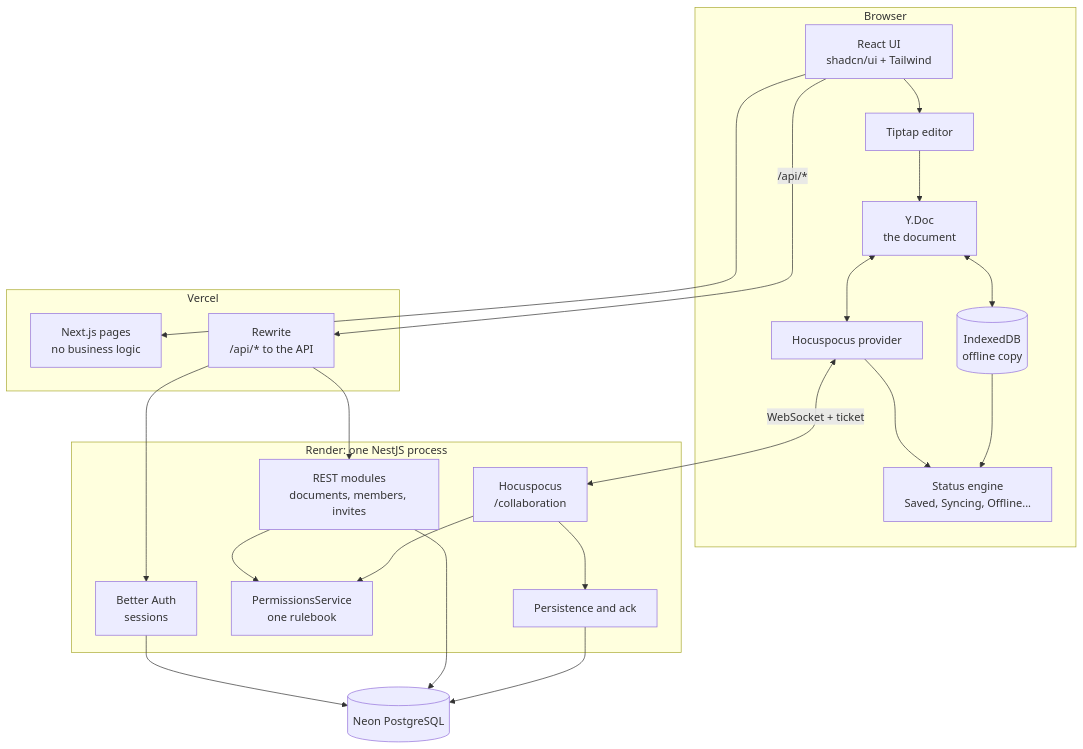
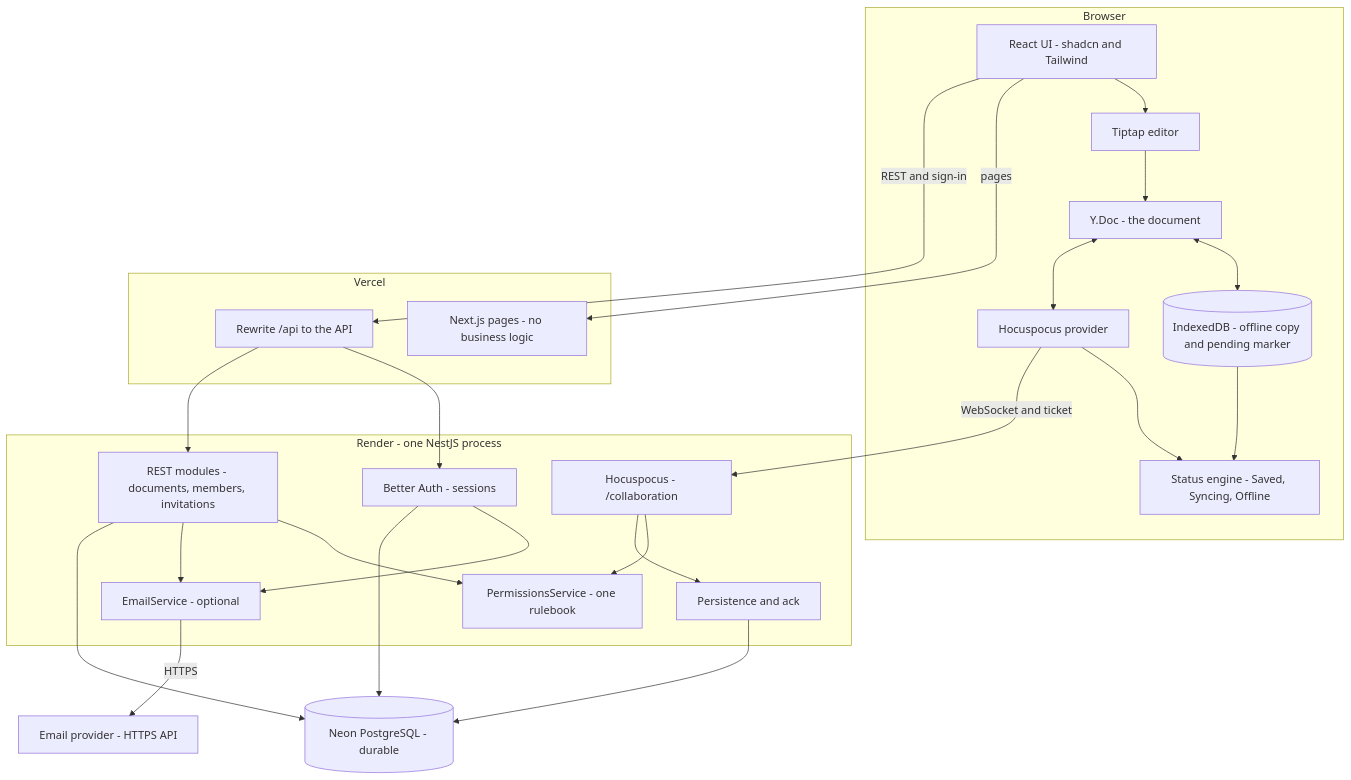
One commit to syncspace-app/syncspace changed the second of 7 diagrams in docs/architecture-hld.md. Above: the diagram before and after it, drawn with Mermaid. The commit also changed other lines of this file and 2 other files, not shown here.

````diff
--- a/docs/architecture-hld.md
+++ b/docs/architecture-hld.md
@@ -87,42 +85,48 @@
 ```mermaid
 flowchart TB
-  subgraph BROWSER["Browser"]
-    UI["React UI<br/>shadcn/ui + Tailwind"]
-    ED["Tiptap editor"]
-    YD["Y.Doc<br/>the document"]
-    IDB[("IndexedDB<br/>offline copy")]
-    PRV["Hocuspocus provider"]
-    ST["Status engine<br/>Saved, Syncing, Offline..."]
+  subgraph Browser
+    UI[React UI - shadcn and Tailwind]
+    ED[Tiptap editor]
+    YD[Y.Doc - the document]
+    IDB[(IndexedDB - offline copy and pending marker)]
+    PROV[Hocuspocus provider]
+    ST[Status engine - Saved, Syncing, Offline]
     UI --> ED --> YD
     YD <--> IDB
-    YD <--> PRV
-    PRV --> ST
+    YD <--> PROV
+    PROV --> ST
     IDB --> ST
   end
 
-  subgraph VERCEL["Vercel"]
-    NX["Next.js pages<br/>no business logic"]
-    RW["Rewrite<br/>/api/* to the API"]
+  subgraph Vercel
+    NX[Next.js pages - no business logic]
+    RW[Rewrite /api to the API]
   end
 
-  subgraph RENDER["Render: one NestJS process"]
-    AU["Better Auth<br/>sessions"]
-    RS["REST modules<br/>documents, members, invites"]
-    PM["PermissionsService<br/>one rulebook"]
-    HC["Hocuspocus<br/>/collaboration"]
-    PA["Persistence and ack"]
-    RS --> PM
-    HC --> PM
-    HC --> PA
+  subgraph Render[Render - one NestJS process]
+    AUTH[Better Auth - sessions]
+    REST[REST modules - documents, members, invitations]
+    PERM[PermissionsService - one rulebook]
+    MAIL[EmailService - optional]
+    HP[Hocuspocus - /collaboration]
+    PA[Persistence and ack]
+    REST --> PERM
+    HP --> PERM
+    REST --> MAIL
+    AUTH --> MAIL
+    HP --> PA
   end
 
-  DB[("Neon PostgreSQL")]
+  DB[(Neon PostgreSQL - durable)]
+  EM[Email provider - HTTPS API]
 
-  UI --> NX
-  UI -->|"/api/*"| RW --> AU
-  RW --> RS
-  PRV <-->|"WebSocket + ticket"| HC
-  AU --> DB
-  RS --> DB
+  UI -->|pages| NX
+  UI -->|REST and sign-in| RW
+  RW --> AUTH
+  RW --> REST
+  PROV -->|WebSocket and ticket| HP
+  AUTH --> DB
+  REST --> DB
   PA --> DB
+  MAIL -->|HTTPS| EM
 ```
````
